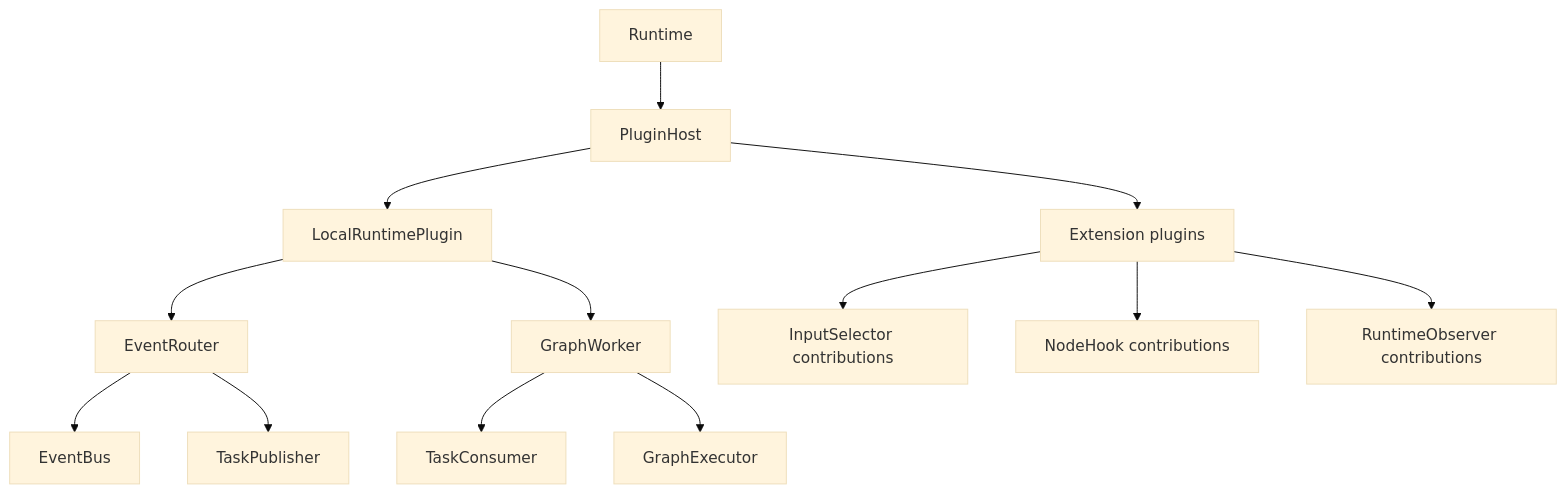
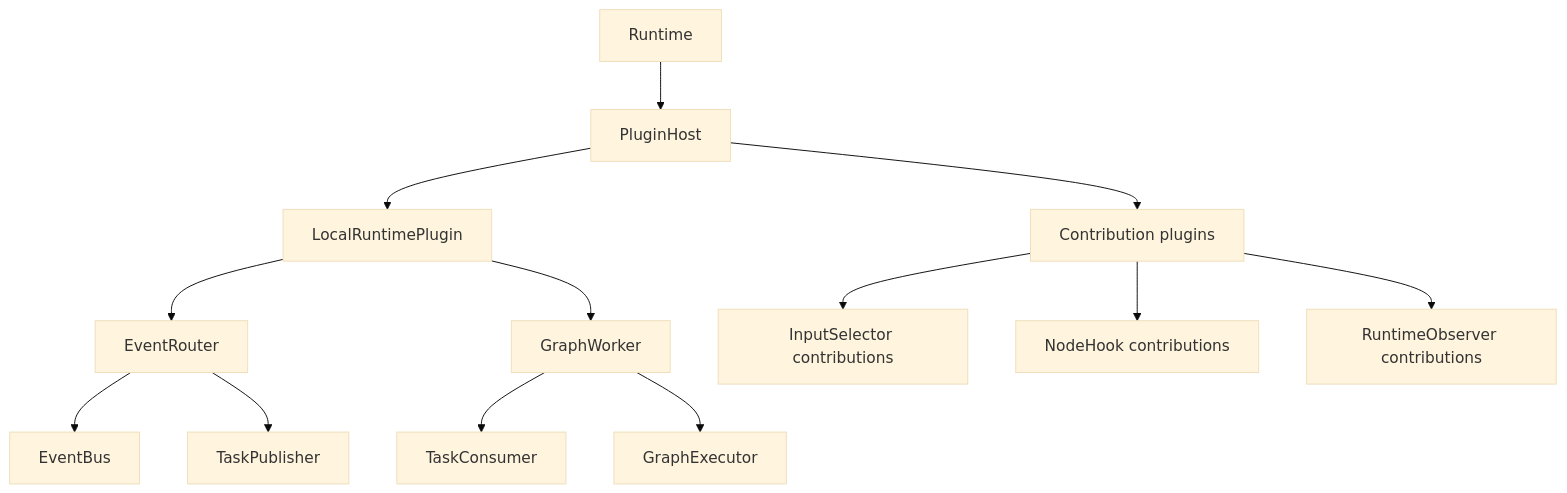
Before and after one commit to KKKKKKKEM/interlace: the second of 5 diagrams in docs/06-runtime-architecture.md, drawn with Mermaid (base theme). The commit also changed other lines of this file and 29 other files, not shown here.

Commit message:
refactor: separate runtime architecture packages

````diff
--- a/docs/06-runtime-architecture.md
+++ b/docs/06-runtime-architecture.md
@@ -21,17 +85,17 @@
 ```mermaid
 flowchart TB
     Runtime --> Host[PluginHost]
     Host --> Local[LocalRuntimePlugin]
-    Host --> Extensions[Extension plugins]
+    Host --> Contributions[Contribution plugins]
 
     Local --> Router[EventRouter]
     Local --> Worker[GraphWorker]
     Router --> Bus[EventBus]
     Router --> Publisher[TaskPublisher]
     Worker --> Consumer[TaskConsumer]
     Worker --> Executor[GraphExecutor]
 
-    Extensions --> Selectors[InputSelector contributions]
-    Extensions --> Hooks[NodeHook contributions]
-    Extensions --> Observers[RuntimeObserver contributions]
+    Contributions --> Selectors[InputSelector contributions]
+    Contributions --> Hooks[NodeHook contributions]
+    Contributions --> Observers[RuntimeObserver contributions]
 ```
````
